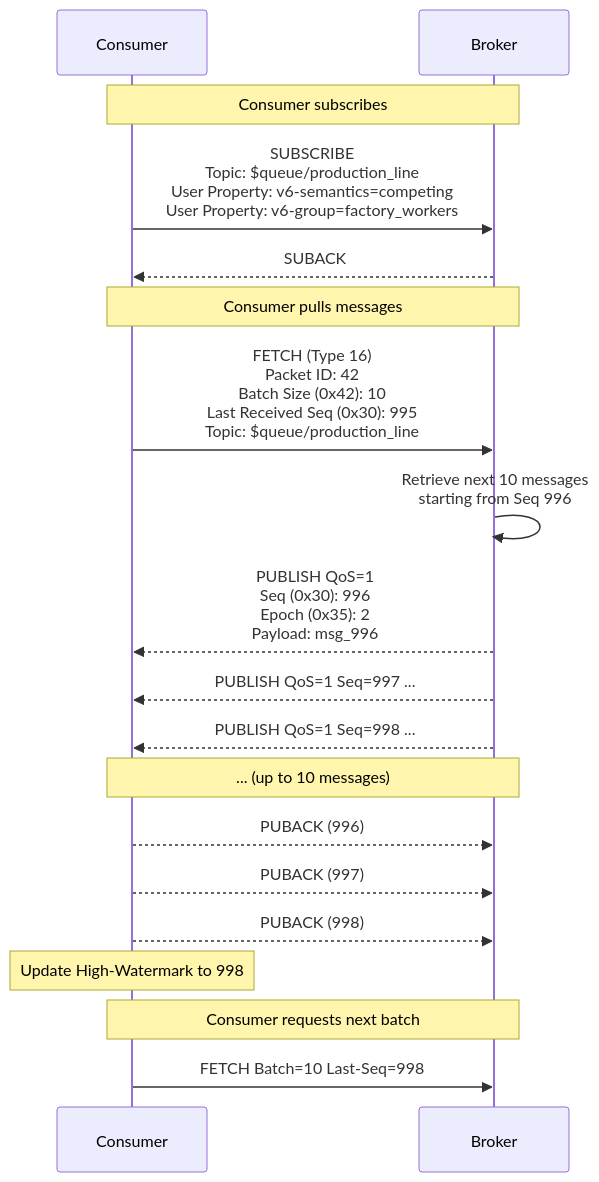
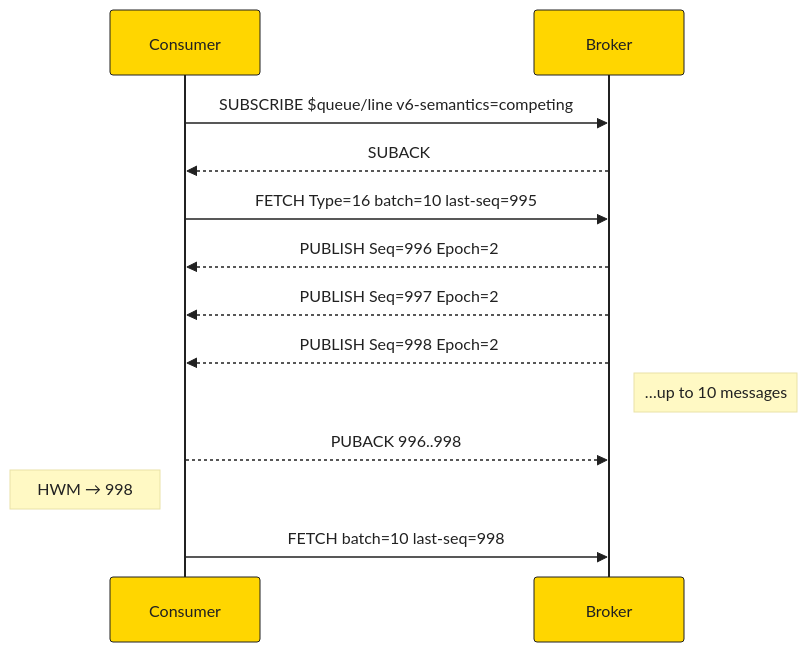
Before and after one commit to bsommers/mqtt-6.0-proposal: the third of 8 diagrams in docs/diagrams/packet-flows.md, drawn with Mermaid. The commit also changed other lines of this file and 2 other files, not shown here.

First line of the commit message:
Redesign diagrams with HiveMQ black/yellow, C4, compact layout

````diff
--- a/docs/diagrams/packet-flows.md
+++ b/docs/diagrams/packet-flows.md
@@ -57,27 +50,18 @@
 ```mermaid
+%%{init:{'theme':'base','themeVariables':{'primaryColor':'#FFD600','primaryTextColor':'#212121','primaryBorderColor':'#212121','lineColor':'#212121','actorBkg':'#FFD600','actorBorder':'#212121','actorTextColor':'#212121','noteBkgColor':'#FFF9C4','noteTextColor':'#212121','activationBkgColor':'#FFF9C4','signalColor':'#212121','signalTextColor':'#212121'}}}%%
 sequenceDiagram
     participant C as Consumer
     participant B as Broker
 
-    Note over C,B: Consumer subscribes
-    C->>B: SUBSCRIBE<br/>Topic: $queue/production_line<br/>User Property: v6-semantics=competing<br/>User Property: v6-group=factory_workers
+    C->>B: SUBSCRIBE $queue/line v6-semantics=competing
     B-->>C: SUBACK
 
-    Note over C,B: Consumer pulls messages
-    C->>B: FETCH (Type 16)<br/>Packet ID: 42<br/>Batch Size (0x42): 10<br/>Last Received Seq (0x30): 995<br/>Topic: $queue/production_line
-
-    B->>B: Retrieve next 10 messages<br/>starting from Seq 996
-
-    B-->>C: PUBLISH QoS=1<br/>Seq (0x30): 996<br/>Epoch (0x35): 2<br/>Payload: msg_996
-    B-->>C: PUBLISH QoS=1 Seq=997 ...
-    B-->>C: PUBLISH QoS=1 Seq=998 ...
-    Note over B,C: ... (up to 10 messages)
-
-    C-->>B: PUBACK (996)
-    C-->>B: PUBACK (997)
-    C-->>B: PUBACK (998)
-    Note over C: Update High-Watermark to 998
-
-    Note over C,B: Consumer requests next batch
-    C->>B: FETCH Batch=10 Last-Seq=998
+    C->>B: FETCH Type=16 batch=10 last-seq=995
+    B-->>C: PUBLISH Seq=996 Epoch=2
+    B-->>C: PUBLISH Seq=997 Epoch=2
+    B-->>C: PUBLISH Seq=998 Epoch=2
+    Note right of B: …up to 10 messages
+    C-->>B: PUBACK 996..998
+    Note left of C: HWM → 998
+    C->>B: FETCH batch=10 last-seq=998
 ```
````
